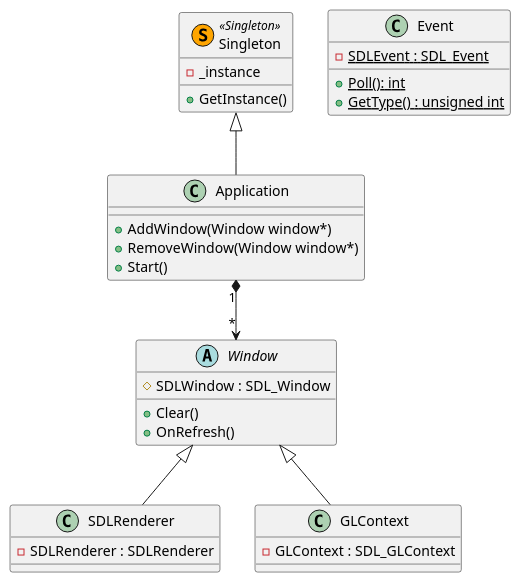
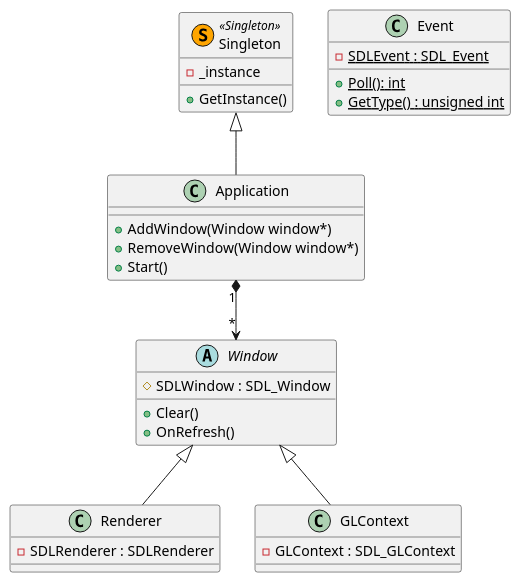
Before and after one commit to JGaouette/CEGEP-5: the diagram in Developpement_de_jeux_video_420-G56-JO/Ateliers/Starter_VSCode/Diagrams/uml.puml, drawn with PlantUML. The commit also changed 649 other files, not shown here.

```diff
--- a/Developpement_de_jeux_video_420-G56-JO/Ateliers/Starter_VSCode/Diagrams/uml.puml
+++ b/Developpement_de_jeux_video_420-G56-JO/Ateliers/Starter_VSCode/Diagrams/uml.puml
@@ -1,38 +1,38 @@
 @startuml Class Diagram
 
 abstract class Window {
     # SDLWindow : SDL_Window
     + Clear() 
     + OnRefresh()
 }
 
-class SDLRenderer extends Window {
+class Renderer extends Window {
     - SDLRenderer : SDLRenderer
 }
 
 class GLContext extends Window{
     - GLContext : SDL_GLContext
 }
 
 
 class Event {
     - {static}SDLEvent : SDL_Event
     + {static}Poll(): int
     + {static}GetType() : unsigned int
 }
 
 class Application extends Singleton{
     + AddWindow(Window window*)
     + RemoveWindow(Window window*)
     + Start()
 }
 
 class Singleton << (S,orange) Singleton>> {
     - _instance
     + GetInstance()
 }
 
 Application "1" *--> "*" Window
 
 
 @enduml
```
